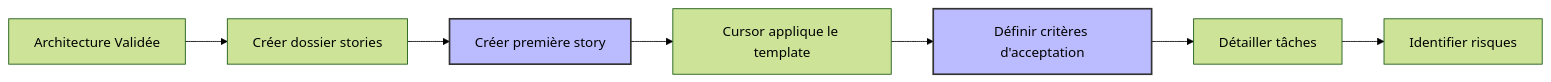
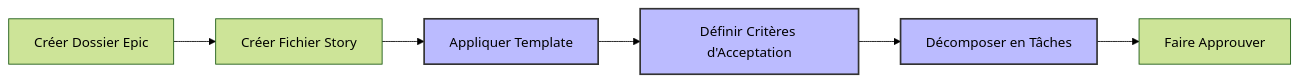
Before and after one commit to giak/cursor-auto-rules-agile-workflow: the fifth of 7 diagrams in docs/scenario-1-premiere-utilisation.md, drawn with Mermaid (forest theme). The commit also changed other lines of this file and 21 other files, not shown here.

````diff
--- a/docs/scenario-1-premiere-utilisation.md
+++ b/docs/scenario-1-premiere-utilisation.md
@@ -279,12 +281,12 @@
 ```mermaid
 flowchart LR
-    A[Architecture Validée] --> B[Créer dossier stories]
-    B --> C[Créer première story]
-    C --> D[Cursor applique le template]
-    D --> E[Définir critères d'acceptation]
-    E --> F[Détailler tâches]
-    F --> G[Identifier risques]
+    A[Créer Dossier Epic] --> B[Créer Fichier Story]
+    B --> C[Appliquer Template]
+    C --> D[Définir Critères d'Acceptation]
+    D --> E[Décomposer en Tâches]
+    E --> F[Faire Approuver]
 
     style C fill:#bbf,stroke:#333,stroke-width:2px
+    style D fill:#bbf,stroke:#333,stroke-width:2px
     style E fill:#bbf,stroke:#333,stroke-width:2px
 ```
````
